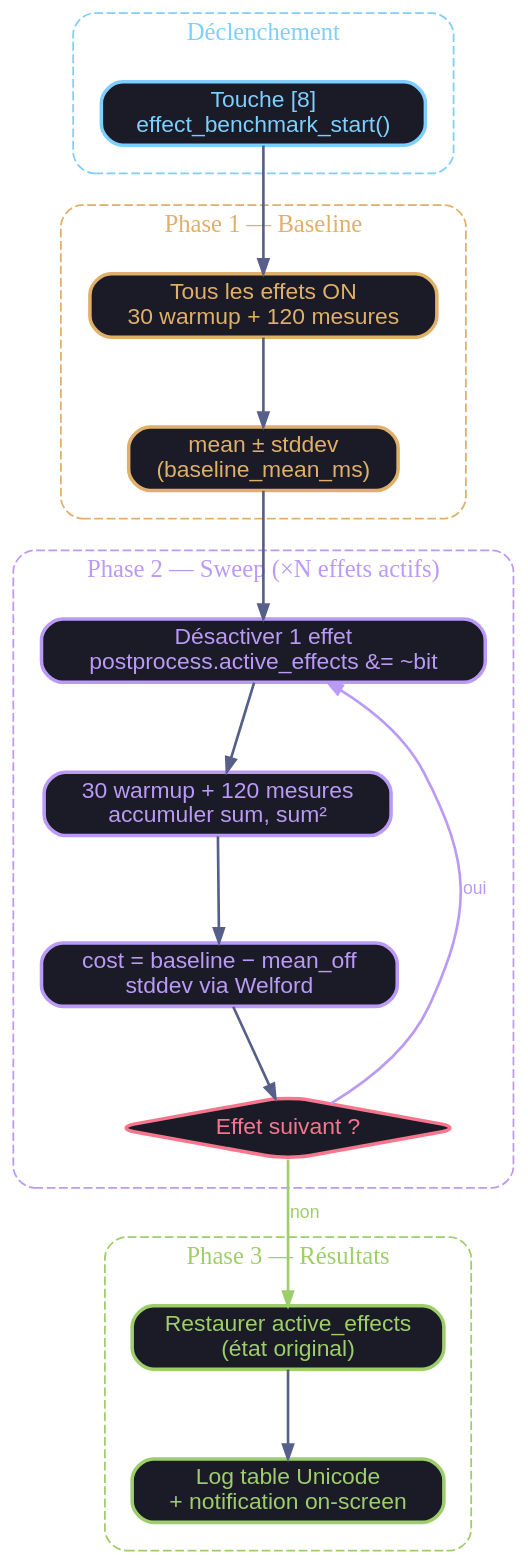
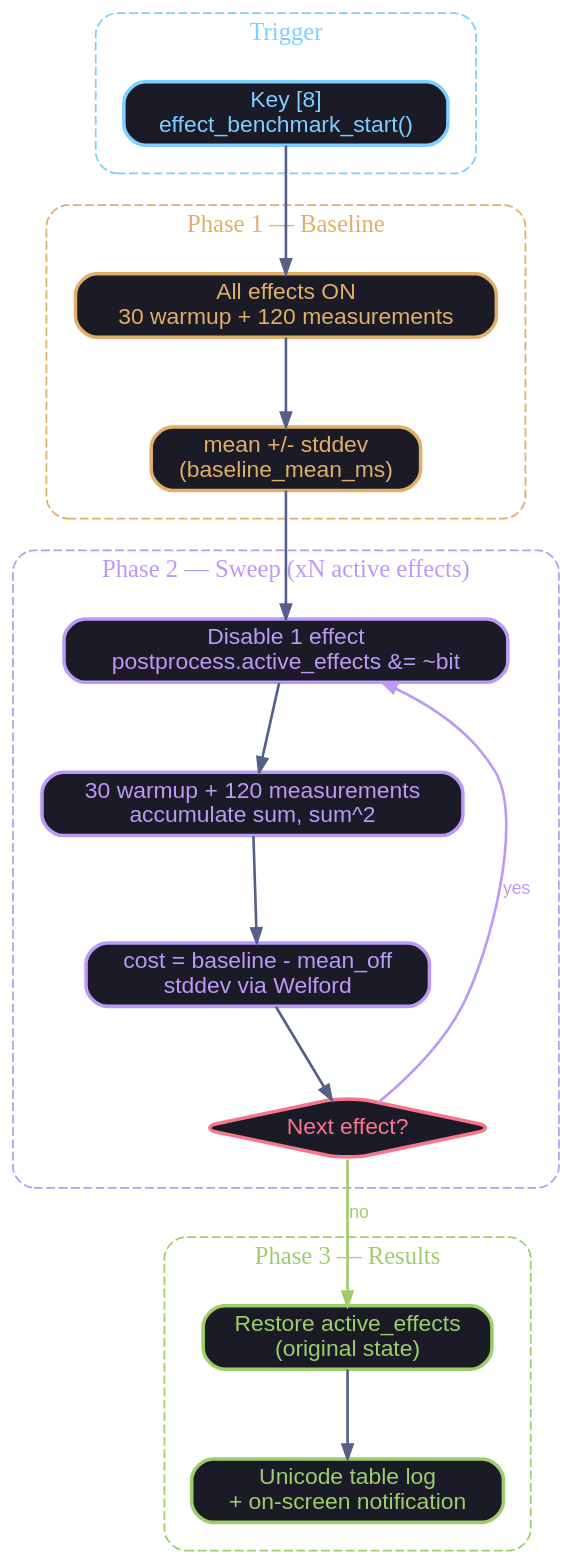
Before and after one commit to yoyonel/suckless-ogl: the first of 2 diagrams in docs/effect_benchmark.md, drawn with Graphviz. The commit also changed other lines of this file and 98 other files, not shown here.

````diff
--- a/docs/effect_benchmark.md
+++ b/docs/effect_benchmark.md
@@ -10,71 +7,71 @@
 ```graphviz
 digraph BenchOverview {
     rankdir=TD;
     bgcolor="transparent";
     margin=0.2;
     nodesep=0.5;
     ranksep=0.7;
     compound=true;
 
     node [shape=rect, style="filled,rounded", fontname="Helvetica", fontsize=13,
           fillcolor="#24283b", color="#414868", fontcolor="#c0caf5", penwidth=2];
     edge [color="#565f89", fontname="Helvetica", fontsize=10, fontcolor="#9aa5ce",
           arrowsize=0.8, penwidth=1.5];
 
     subgraph cluster_trigger {
-        label="Déclenchement";
+        label="Trigger";
         fontname="Helvetica Bold"; fontsize=14; fontcolor="#7dcfff";
         style="rounded,dashed"; color="#7dcfff"; margin=16;
 
-        Key8 [label="Touche [8]\neffect_benchmark_start()",
+        Key8 [label="Key [8]\neffect_benchmark_start()",
               fillcolor="#1a1b26", color="#7dcfff", fontcolor="#7dcfff"];
     }
 
     subgraph cluster_baseline {
         label="Phase 1 — Baseline";
         fontname="Helvetica Bold"; fontsize=14; fontcolor="#e0af68";
         style="rounded,dashed"; color="#e0af68"; margin=16;
 
-        BL [label="Tous les effets ON\n30 warmup + 120 mesures",
+        BL [label="All effects ON\n30 warmup + 120 measurements",
             fillcolor="#1a1b26", color="#e0af68", fontcolor="#e0af68"];
-        BLStats [label="mean ± stddev\n(baseline_mean_ms)",
+        BLStats [label="mean +/- stddev\n(baseline_mean_ms)",
                  fillcolor="#1a1b26", color="#e0af68", fontcolor="#e0af68"];
     }
 
     subgraph cluster_sweep {
-        label="Phase 2 — Sweep (×N effets actifs)";
+        label="Phase 2 — Sweep (xN active effects)";
         fontname="Helvetica Bold"; fontsize=14; fontcolor="#bb9af7";
         style="rounded,dashed"; color="#bb9af7"; margin=16;
 
-        Disable [label="Désactiver 1 effet\npostprocess.active_effects &= ~bit",
+        Disable [label="Disable 1 effect\npostprocess.active_effects &= ~bit",
                  fillcolor="#1a1b26", color="#bb9af7", fontcolor="#bb9af7"];
-        Measure [label="30 warmup + 120 mesures\naccumuler sum, sum²",
+        Measure [label="30 warmup + 120 measurements\naccumulate sum, sum^2",
                  fillcolor="#1a1b26", color="#bb9af7", fontcolor="#bb9af7"];
-        Cost [label="cost = baseline − mean_off\nstddev via Welford",
+        Cost [label="cost = baseline - mean_off\nstddev via Welford",
               fillcolor="#1a1b26", color="#bb9af7", fontcolor="#bb9af7"];
-        Next [label="Effet suivant ?",
+        Next [label="Next effect?",
               shape=diamond, fillcolor="#1a1b26", color="#f7768e", fontcolor="#f7768e"];
     }
 
     subgraph cluster_done {
-        label="Phase 3 — Résultats";
+        label="Phase 3 — Results";
         fontname="Helvetica Bold"; fontsize=14; fontcolor="#9ece6a";
         style="rounded,dashed"; color="#9ece6a"; margin=16;
 
-        Restore [label="Restaurer active_effects\n(état original)",
+        Restore [label="Restore active_effects\n(original state)",
                  fillcolor="#1a1b26", color="#9ece6a", fontcolor="#9ece6a"];
-        Log [label="Log table Unicode\n+ notification on-screen",
+        Log [label="Unicode table log\n+ on-screen notification",
              fillcolor="#1a1b26", color="#9ece6a", fontcolor="#9ece6a"];
     }
 
     Key8 -> BL;
     BL -> BLStats;
     BLStats -> Disable;
     Disable -> Measure;
     Measure -> Cost;
     Cost -> Next;
-    Next -> Disable [label="oui", color="#bb9af7", fontcolor="#bb9af7"];
-    Next -> Restore [label="non", color="#9ece6a", fontcolor="#9ece6a"];
+    Next -> Disable [label="yes", color="#bb9af7", fontcolor="#bb9af7"];
+    Next -> Restore [label="no", color="#9ece6a", fontcolor="#9ece6a"];
     Restore -> Log;
 }
 ```
````
